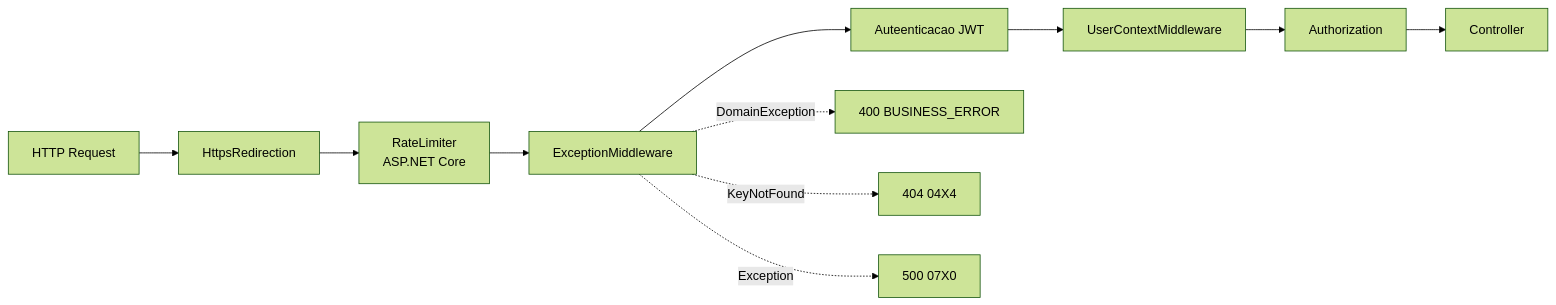
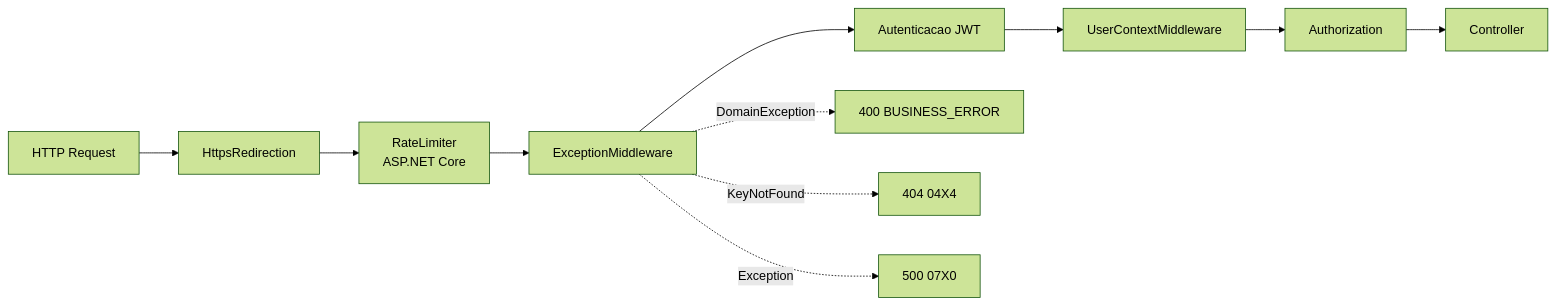
One commit to ViniciusMoraisAraujo/monetis-backend changed the first of 2 diagrams in docs/04-api/02-middlewares.md. Above: the diagram before and after it, drawn with Mermaid (forest theme). The commit also changed 13 other files, not shown here.

Commit message:
docs: corrigir documentação para refletir o código e adicionar roadmap de evolução técnica

````diff
--- a/docs/04-api/02-middlewares.md
+++ b/docs/04-api/02-middlewares.md
@@ -21,23 +21,23 @@
 ```mermaid
 graph LR
     REQ[HTTP Request]
     HTTPS[HttpsRedirection]
     RL[RateLimiter<br/>ASP.NET Core]
     EM[ExceptionMiddleware]
-    AUTH[Auteenticacao JWT]
+    AUTH[Autenticacao JWT]
     UC[UserContextMiddleware]
     AUTZ[Authorization]
     CTRL[Controller]
 
     REQ --> HTTPS
     HTTPS --> RL
     RL --> EM
     EM --> AUTH
     AUTH --> UC
     UC --> AUTZ
     AUTZ --> CTRL
 
     EM -.->|"DomainException"| ERR400[400 BUSINESS_ERROR]
     EM -.->|"KeyNotFound"| ERR404[404 04X4]
     EM -.->|"Exception"| ERR500[500 07X0]
 ```
````
